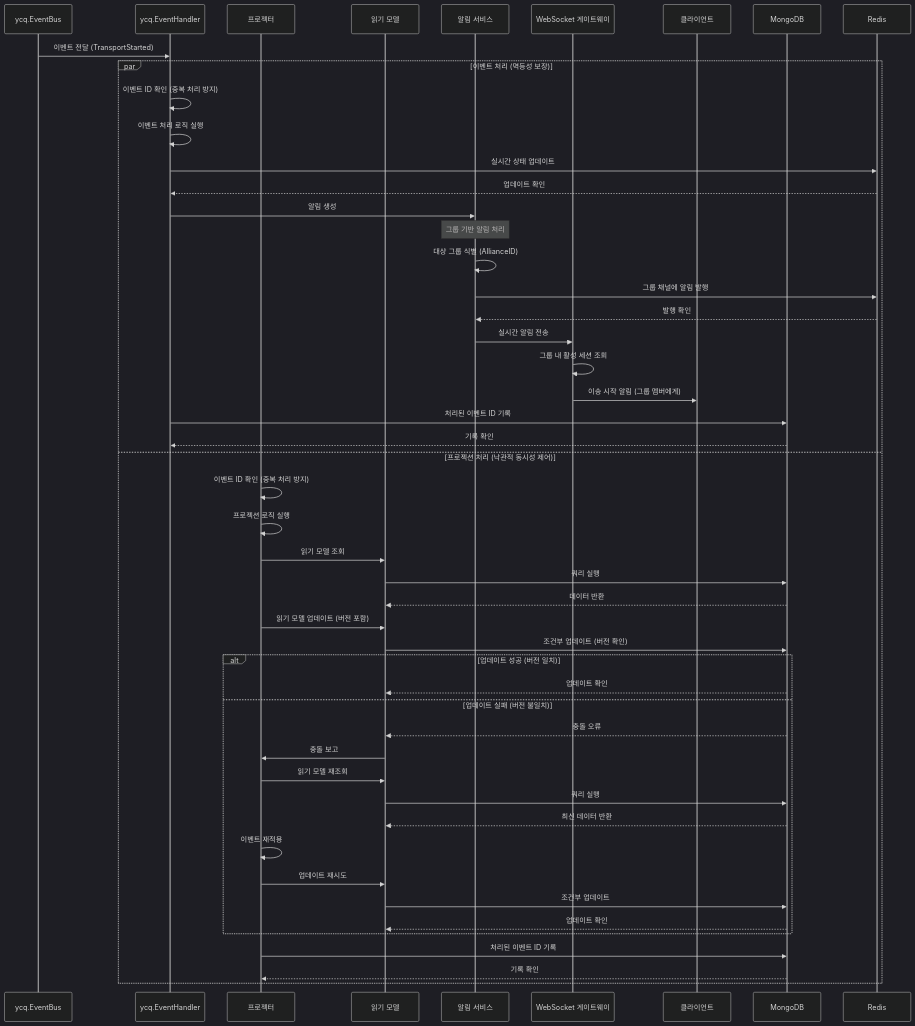
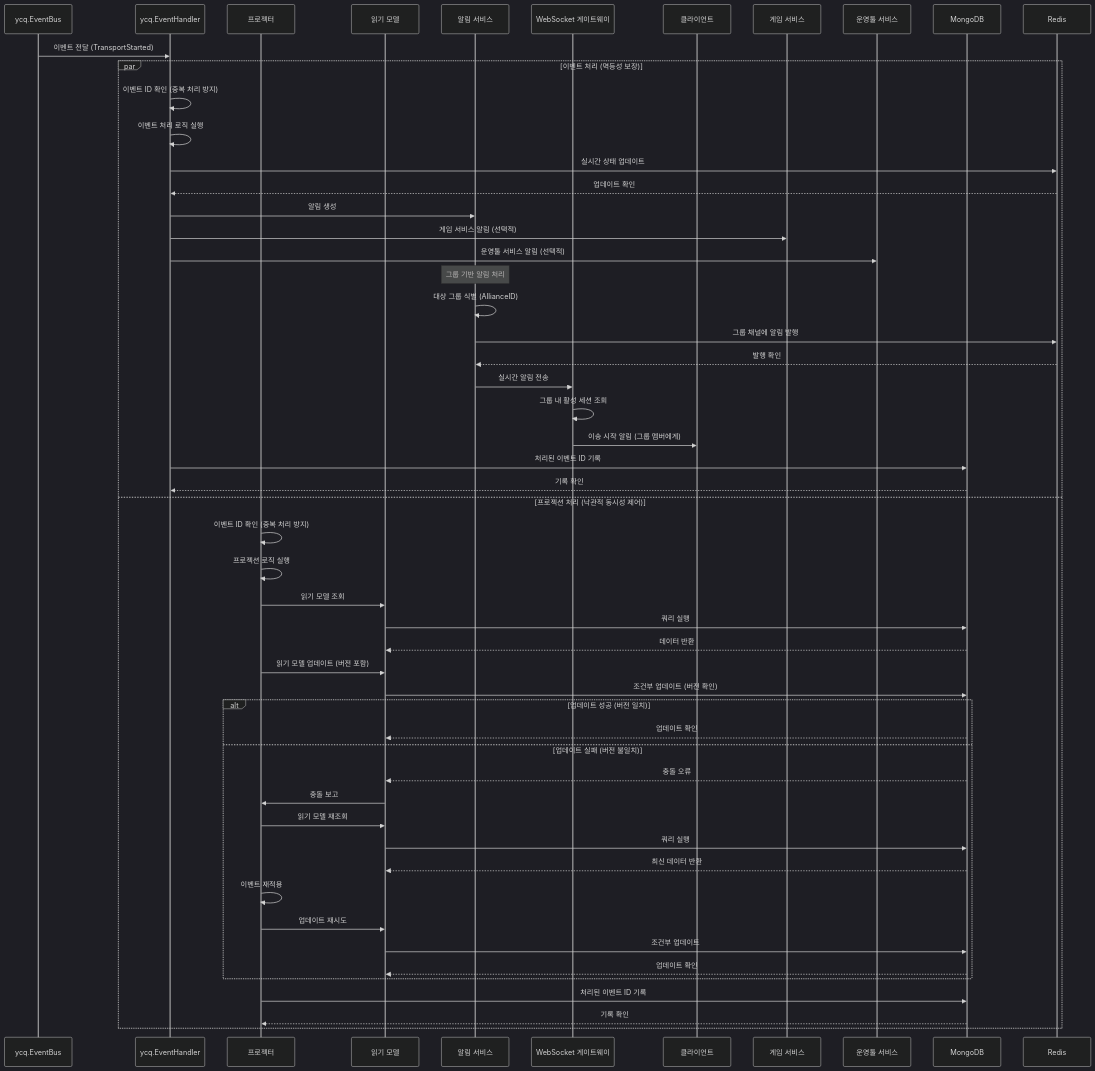
The seventh of 14 diagrams in transport/GuildMineCQRS.md (homveloper/boss-raid-game), drawn with Mermaid (dark theme) before and after one commit. The commit also changed other lines of this file, not shown here.

````diff
--- a/transport/GuildMineCQRS.md
+++ b/transport/GuildMineCQRS.md
@@ -431,60 +500,64 @@
 ```mermaid
 sequenceDiagram
     participant EventBus as ycq.EventBus
     participant EventHandler as ycq.EventHandler
     participant Projector as 프로젝터
     participant ReadModel as 읽기 모델
     participant Notifier as 알림 서비스
     participant WSGateway as WebSocket 게이트웨이
     participant Client as 클라이언트
+    participant GameService as 게임 서비스
+    participant AdminService as 운영툴 서비스
     participant MongoDB as MongoDB
     participant Redis as Redis
 
     EventBus->>EventHandler: 이벤트 전달 (TransportStarted)
 
     par 이벤트 처리 (멱등성 보장)
         EventHandler->>EventHandler: 이벤트 ID 확인 (중복 처리 방지)
         EventHandler->>EventHandler: 이벤트 처리 로직 실행
         EventHandler->>Redis: 실시간 상태 업데이트
         Redis-->>EventHandler: 업데이트 확인
         EventHandler->>Notifier: 알림 생성
+        EventHandler->>GameService: 게임 서비스 알림 (선택적)
+        EventHandler->>AdminService: 운영툴 서비스 알림 (선택적)
 
         Note over Notifier: 그룹 기반 알림 처리
         Notifier->>Notifier: 대상 그룹 식별 (AllianceID)
         Notifier->>Redis: 그룹 채널에 알림 발행
         Redis-->>Notifier: 발행 확인
 
         Notifier->>WSGateway: 실시간 알림 전송
         WSGateway->>WSGateway: 그룹 내 활성 세션 조회
         WSGateway->>Client: 이송 시작 알림 (그룹 멤버에게)
 
         EventHandler->>MongoDB: 처리된 이벤트 ID 기록
         MongoDB-->>EventHandler: 기록 확인
     and 프로젝션 처리 (낙관적 동시성 제어)
         Projector->>Projector: 이벤트 ID 확인 (중복 처리 방지)
         Projector->>Projector: 프로젝션 로직 실행
         Projector->>ReadModel: 읽기 모델 조회
         ReadModel->>MongoDB: 쿼리 실행
         MongoDB-->>ReadModel: 데이터 반환
 
         Projector->>ReadModel: 읽기 모델 업데이트 (버전 포함)
         ReadModel->>MongoDB: 조건부 업데이트 (버전 확인)
 
         alt 업데이트 성공 (버전 일치)
             MongoDB-->>ReadModel: 업데이트 확인
         else 업데이트 실패 (버전 불일치)
             MongoDB-->>ReadModel: 충돌 오류
             ReadModel->>Projector: 충돌 보고
             Projector->>ReadModel: 읽기 모델 재조회
             ReadModel->>MongoDB: 쿼리 실행
             MongoDB-->>ReadModel: 최신 데이터 반환
             Projector->>Projector: 이벤트 재적용
             Projector->>ReadModel: 업데이트 재시도
             ReadModel->>MongoDB: 조건부 업데이트
             MongoDB-->>ReadModel: 업데이트 확인
         end
 
         Projector->>MongoDB: 처리된 이벤트 ID 기록
         MongoDB-->>Projector: 기록 확인
     end
 ```
````
